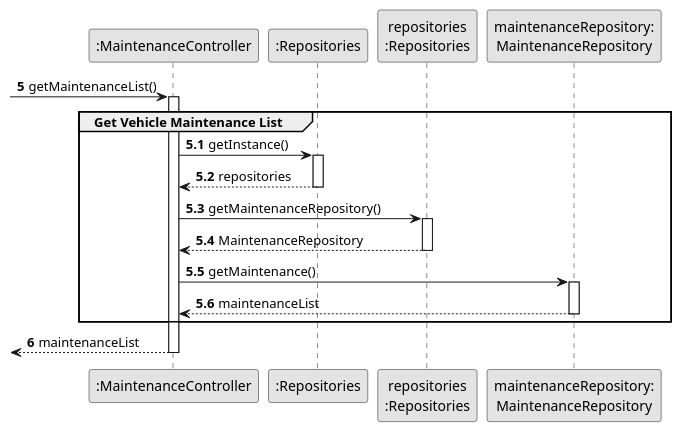
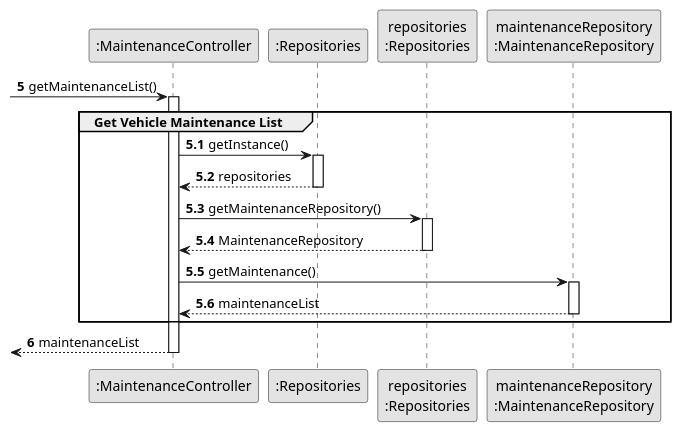
The diagram in docs/sprintB/us008/03.design/puml/us008-sequence-diagram-partial-get-vehicle-maintenance-list.puml (diogoveirospro/lei-24-s2-1dg-g072), drawn with PlantUML before and after one commit. The commit also changed 27 other files, not shown here.

Commit message:
Changes to Sequence Diagrams for some USs

```diff
--- a/docs/sprintB/us008/03.design/puml/us008-sequence-diagram-partial-get-vehicle-maintenance-list.puml
+++ b/docs/sprintB/us008/03.design/puml/us008-sequence-diagram-partial-get-vehicle-maintenance-list.puml
@@ -1,48 +1,48 @@
 @startuml
 skinparam monochrome true
 skinparam packageStyle rectangle
 skinparam shadowing false
 
 autonumber
 
 'hide footbox
 
 participant ":MaintenanceController" as CTRL
 participant ":Repositories" as RepositorySingleton
 participant "repositories\n:Repositories" as REP
-participant "maintenanceRepository:\nMaintenanceRepository" as MaintenanceRepository
+participant "maintenanceRepository\n:MaintenanceRepository" as MaintenanceRepository
 
 autonumber 5
 
  -> CTRL : getMaintenanceList()
 autonumber 5.1
 activate CTRL
     group Get Vehicle Maintenance List
 
 
             CTRL -> RepositorySingleton : getInstance()
             activate RepositorySingleton
 
                 RepositorySingleton --> CTRL: repositories
             deactivate RepositorySingleton
 
             CTRL -> REP : getMaintenanceRepository()
             activate REP
 
                 REP --> CTRL: MaintenanceRepository
             deactivate REP
 
             CTRL -> MaintenanceRepository : getMaintenance()
             activate MaintenanceRepository
 
                 MaintenanceRepository --> CTRL : maintenanceList
             deactivate MaintenanceRepository
 
 
     end
     autonumber 6
     <-- CTRL  : maintenanceList
 deactivate CTRL
 
 
 @enduml
```
